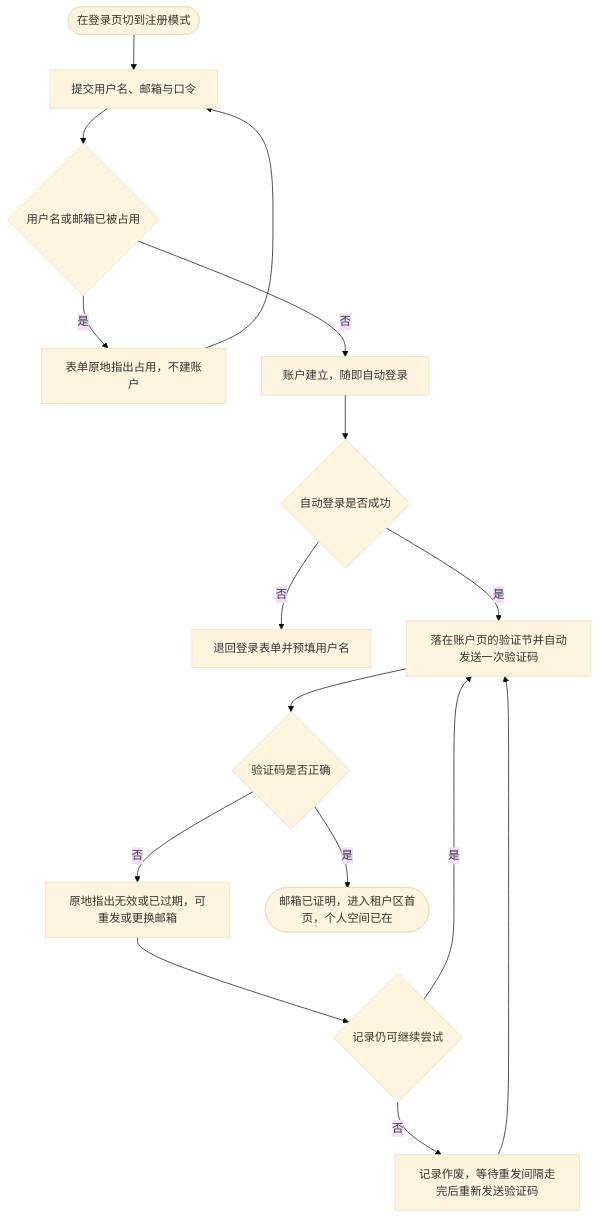
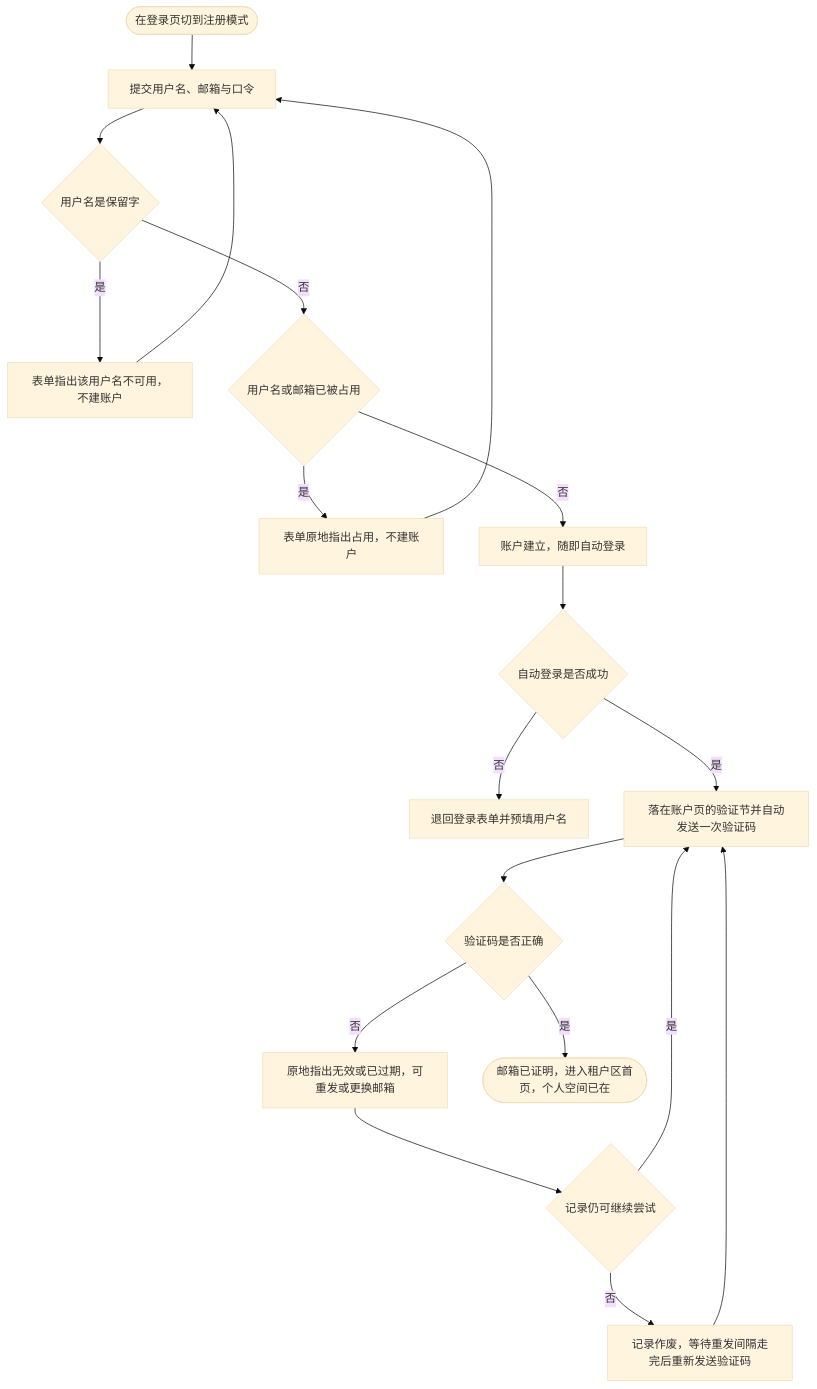
Before and after one commit to wangzw/speed: the diagram in docs/prd/journeys/journey-first-registration-to-personal-workspace.md, drawn with Mermaid (base theme). The commit also changed other lines of this file and 22 other files, not shown here.

````diff
--- a/docs/prd/journeys/journey-first-registration-to-personal-workspace.md
+++ b/docs/prd/journeys/journey-first-registration-to-personal-workspace.md
@@ -42,18 +43,21 @@
 ```mermaid
 flowchart TD
     start([在登录页切到注册模式]) --> submit[提交用户名、邮箱与口令]
-    submit --> taken{用户名或邮箱已被占用}
+    submit --> reservedWord{用户名是保留字}
+    reservedWord -->|是| reservedReject[表单指出该用户名不可用，不建账户]
+    reservedReject --> submit
+    reservedWord -->|否| taken{用户名或邮箱已被占用}
     taken -->|是| conflict[表单原地指出占用，不建账户]
     conflict --> submit
     taken -->|否| account[账户建立，随即自动登录]
     account --> auto{自动登录是否成功}
     auto -->|否| back[退回登录表单并预填用户名]
     auto -->|是| verify[落在账户页的验证节并自动发送一次验证码]
     verify --> code{验证码是否正确}
     code -->|否| retry[原地指出无效或已过期，可重发或更换邮箱]
     retry --> attempts{记录仍可继续尝试}
     attempts -->|是| verify
     attempts -->|否| resend[记录作废，等待重发间隔走完后重新发送验证码]
     resend --> verify
     code -->|是| done([邮箱已证明，进入租户区首页，个人空间已在])
 ```
````
